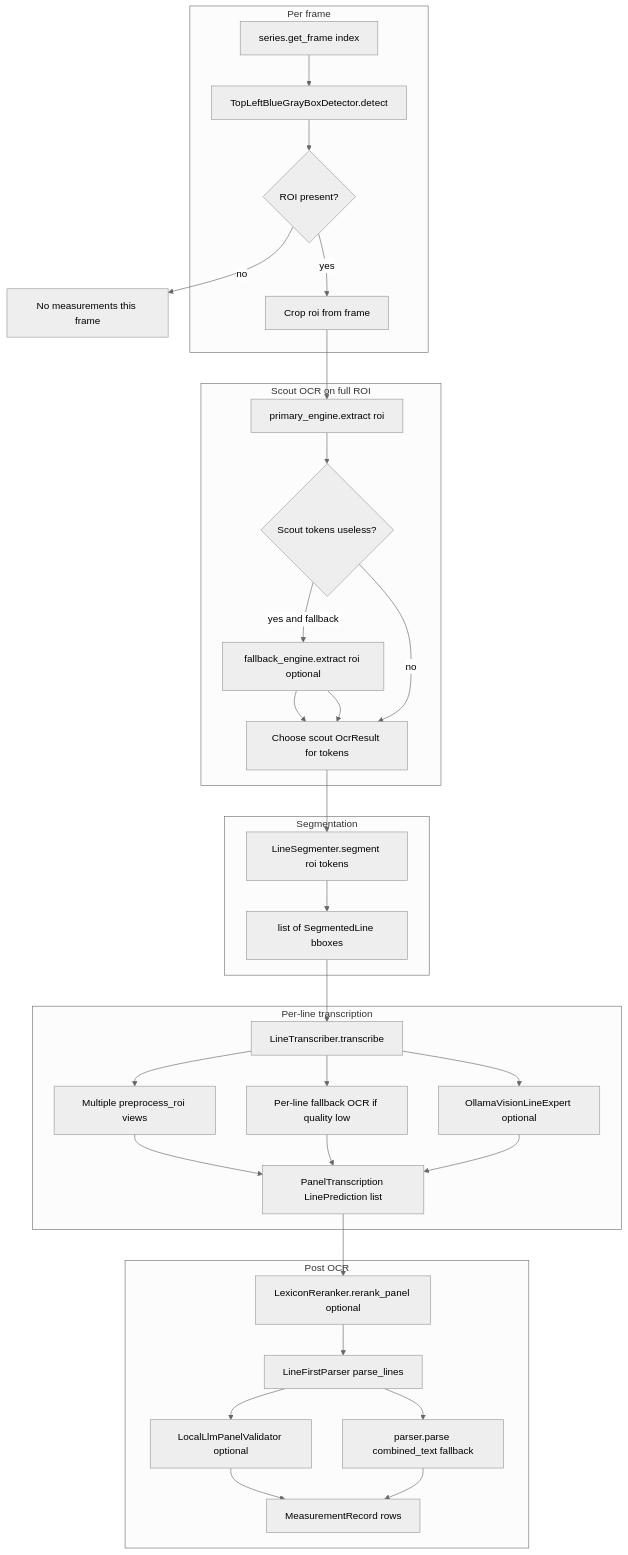
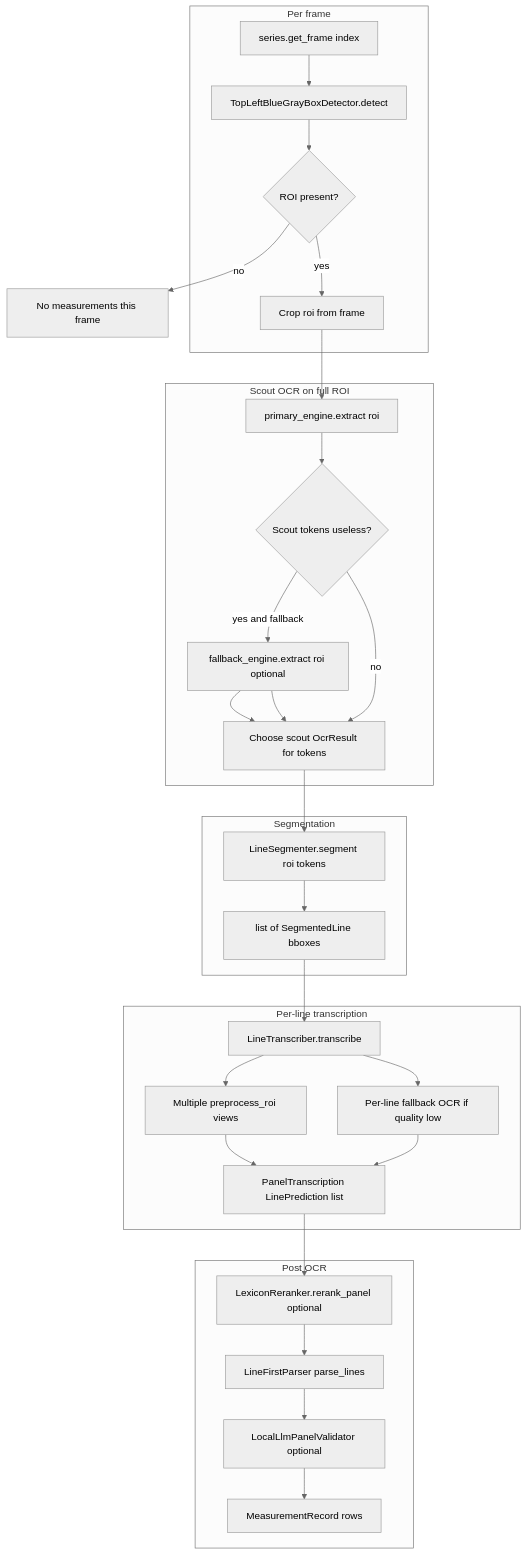
Before and after one commit to SnaetWarre/Echocardiogram-OCR-analysis: the second of 5 diagrams in docs/dicom_to_extraction_pipeline.md, drawn with Mermaid (neutral theme). The commit also changed other lines of this file and 29 other files, not shown here.

````diff
--- a/docs/dicom_to_extraction_pipeline.md
+++ b/docs/dicom_to_extraction_pipeline.md
@@ -85,55 +85,49 @@
 ```mermaid
 flowchart TD
   subgraph frameLoop [Per frame]
     GF[series.get_frame index]
     Det[TopLeftBlueGrayBoxDetector.detect]
     ROI{ROI present?}
     Crop[Crop roi from frame]
   end
 
   subgraph scout [Scout OCR on full ROI]
     PrimScout[primary_engine.extract roi]
     Weak{Scout tokens useless?}
     FallScout[fallback_engine.extract roi optional]
     PickScout[Choose scout OcrResult for tokens]
   end
 
   subgraph seg [Segmentation]
     Seg[LineSegmenter.segment roi tokens]
     Lines[list of SegmentedLine bboxes]
   end
 
   subgraph transcribe [Per-line transcription]
     LT[LineTranscriber.transcribe]
     MV[Multiple preprocess_roi views]
     FB[Per-line fallback OCR if quality low]
-    Vex[OllamaVisionLineExpert optional]
     Panel[PanelTranscription LinePrediction list]
   end
 
   subgraph post [Post OCR]
     Rerank[LexiconReranker.rerank_panel optional]
     LFP[LineFirstParser parse_lines]
     Val[LocalLlmPanelValidator optional]
-    RegexFB[parser.parse combined_text fallback]
     MR2[MeasurementRecord rows]
   end
 
   GF --> Det --> ROI
   ROI -->|no| Skip[No measurements this frame]
   ROI -->|yes| Crop --> PrimScout --> Weak
   Weak -->|yes and fallback| FallScout --> PickScout
   Weak -->|no| PickScout
   FallScout --> PickScout
   PickScout --> Seg --> Lines --> LT
   LT --> MV
   LT --> FB
-  LT --> Vex
   MV --> Panel
   FB --> Panel
-  Vex --> Panel
   Panel --> Rerank --> LFP --> Val
-  LFP --> RegexFB
   Val --> MR2
-  RegexFB --> MR2
 ```
````
